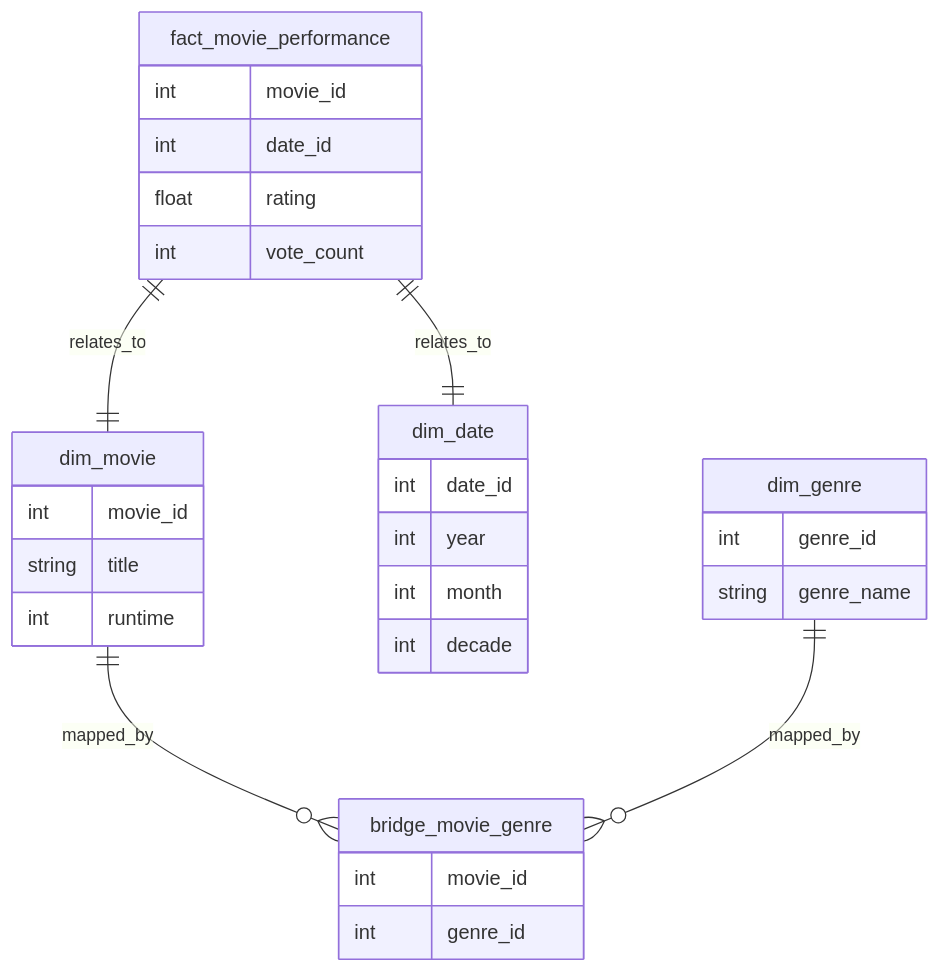
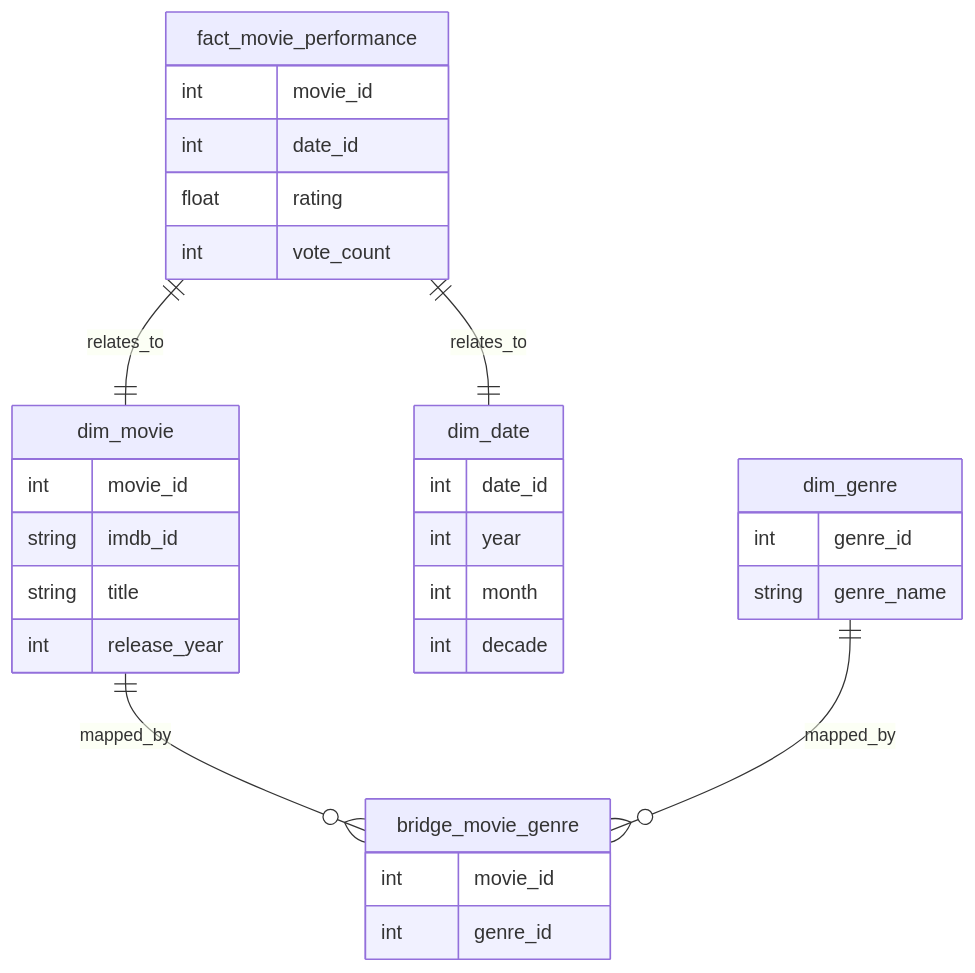
Before and after one commit to saeidmoradi1998/movie-analytics-data-warehouse: the second of 2 diagrams in README.md, drawn with Mermaid. The commit also changed other lines of this file and 16 other files, not shown here.

````diff
--- a/README.md
+++ b/README.md
@@ -49,38 +49,39 @@
 ```mermaid
 erDiagram
 
     fact_movie_performance {
         int movie_id
         int date_id
         float rating
         int vote_count
     }
 
     dim_movie {
         int movie_id
+        string imdb_id
         string title
-        int runtime
+        int release_year
     }
 
     dim_date {
         int date_id
         int year
         int month
         int decade
     }
 
     dim_genre {
         int genre_id
         string genre_name
     }
 
     bridge_movie_genre {
         int movie_id
         int genre_id
     }
 
     fact_movie_performance ||--|| dim_movie : relates_to
     fact_movie_performance ||--|| dim_date : relates_to
     dim_movie ||--o{ bridge_movie_genre : mapped_by
     dim_genre ||--o{ bridge_movie_genre : mapped_by
 ```
````
